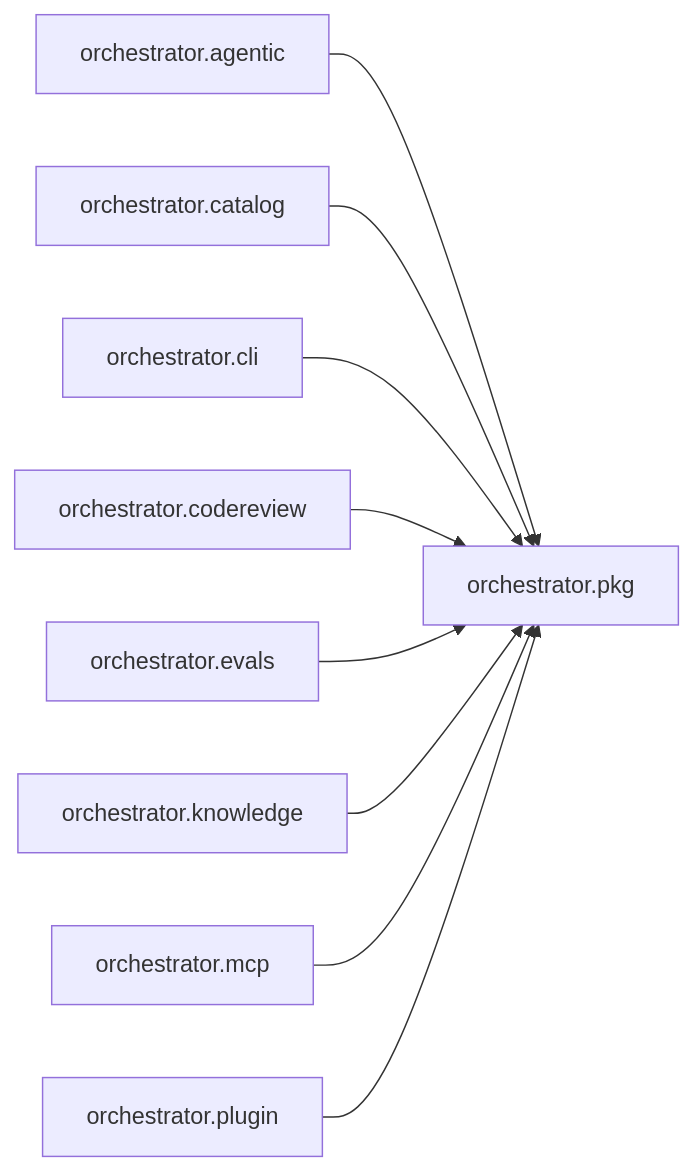
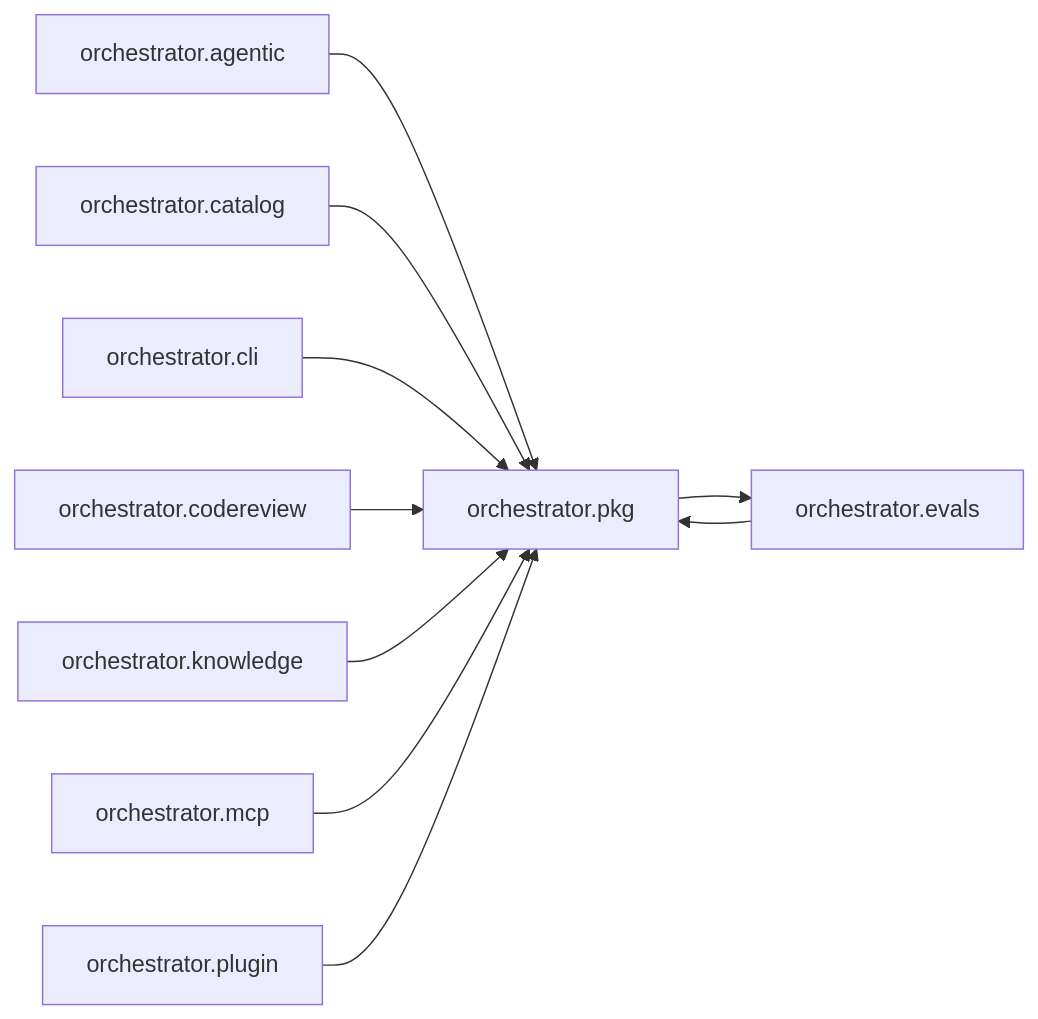
One commit to synaptixs/spine changed the diagram in episteme/areas/orchestrator.pkg.md. Above: the diagram before and after it, drawn with Mermaid. The commit also changed other lines of this file and 14 other files, not shown here.

````diff
--- a/episteme/areas/orchestrator.pkg.md
+++ b/episteme/areas/orchestrator.pkg.md
@@ -8,20 +8,21 @@
 ```mermaid
 flowchart LR
   n0["orchestrator.pkg"]
   n1["orchestrator.agentic"]
   n2["orchestrator.catalog"]
   n3["orchestrator.cli"]
   n4["orchestrator.codereview"]
   n5["orchestrator.evals"]
   n6["orchestrator.knowledge"]
   n7["orchestrator.mcp"]
   n8["orchestrator.plugin"]
   n1 --> n0
   n2 --> n0
   n3 --> n0
   n4 --> n0
   n5 --> n0
   n6 --> n0
   n7 --> n0
   n8 --> n0
+  n0 --> n5
 ```
````
